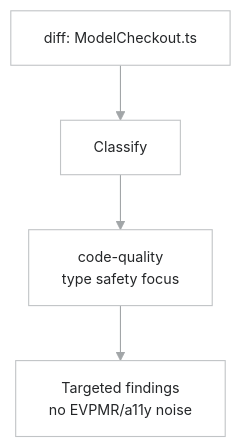
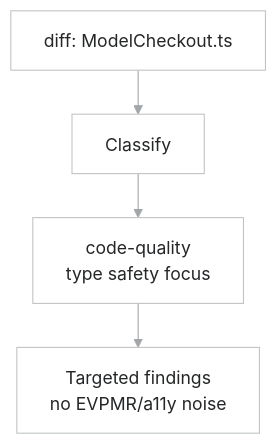
The ninth of 17 diagrams in README.md (raditia/CraftKit), drawn with Mermaid before and after one commit. The commit also changed other lines of this file, not shown here.

First line of the commit message:
docs: make README diagrams readable at GitHub width

````diff
--- a/README.md
+++ b/README.md
@@ -671,26 +690,28 @@
 ```mermaid
 ---
 config:
   theme: base
   look: classic
   fontFamily: "-apple-system, BlinkMacSystemFont, Segoe UI, Helvetica, Arial, sans-serif"
   themeVariables:
     fontFamily: "-apple-system, BlinkMacSystemFont, Segoe UI, Helvetica, Arial, sans-serif"
-    fontSize: 13px
+    fontSize: 16px
     primaryColor: "#FFFFFF"
     primaryBorderColor: "#C1C4C6"
     primaryTextColor: "#242628"
     lineColor: "#A2A6A8"
     clusterBkg: "#F5FBFF"
     clusterBorder: "#F0F1F2"
     titleColor: "#707577"
     edgeLabelBackground: "#FFFFFF"
   flowchart:
     curve: basis
-    wrappingWidth: 640
+    wrappingWidth: 240
+    nodeSpacing: 30
+    rankSpacing: 40
 ---
 flowchart TD
     A["diff: ModelCheckout.ts"] --> B[Classify]
-    B --> C["code-quality\ntype safety focus"]
-    C --> D["Targeted findings\nno EVPMR/a11y noise"]
+    B --> C["code-quality<br/>type safety focus"]
+    C --> D["Targeted findings<br/>no EVPMR/a11y noise"]
 ```
````
